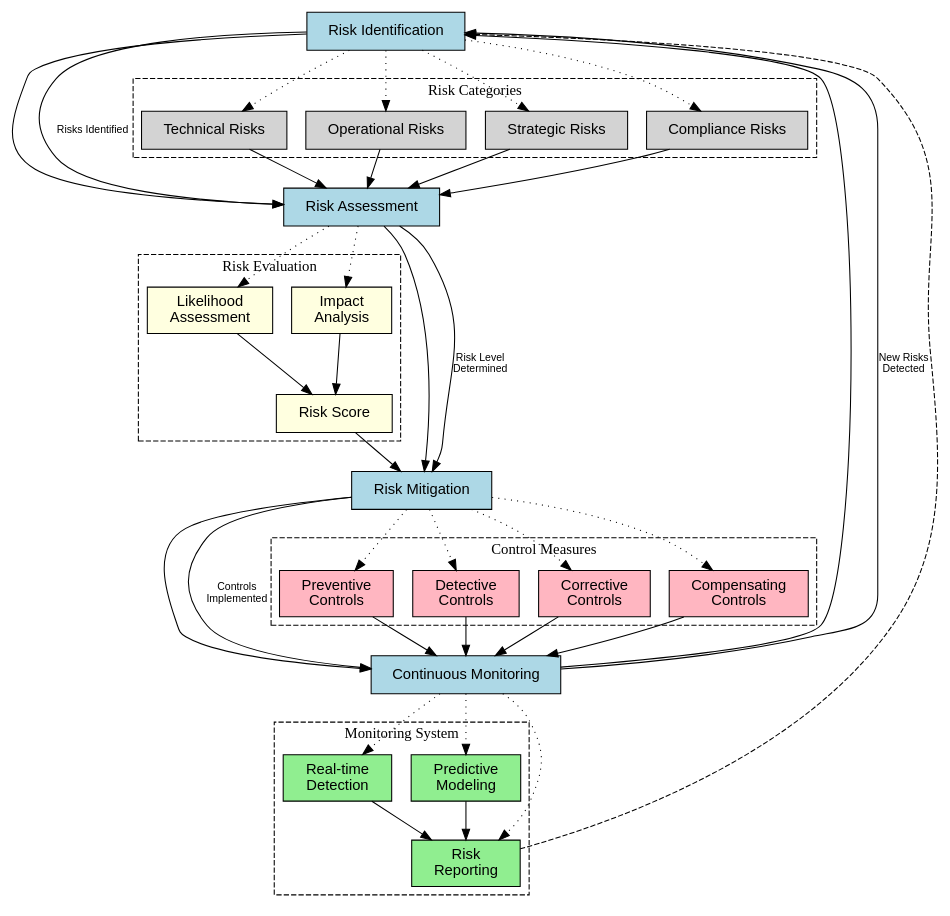
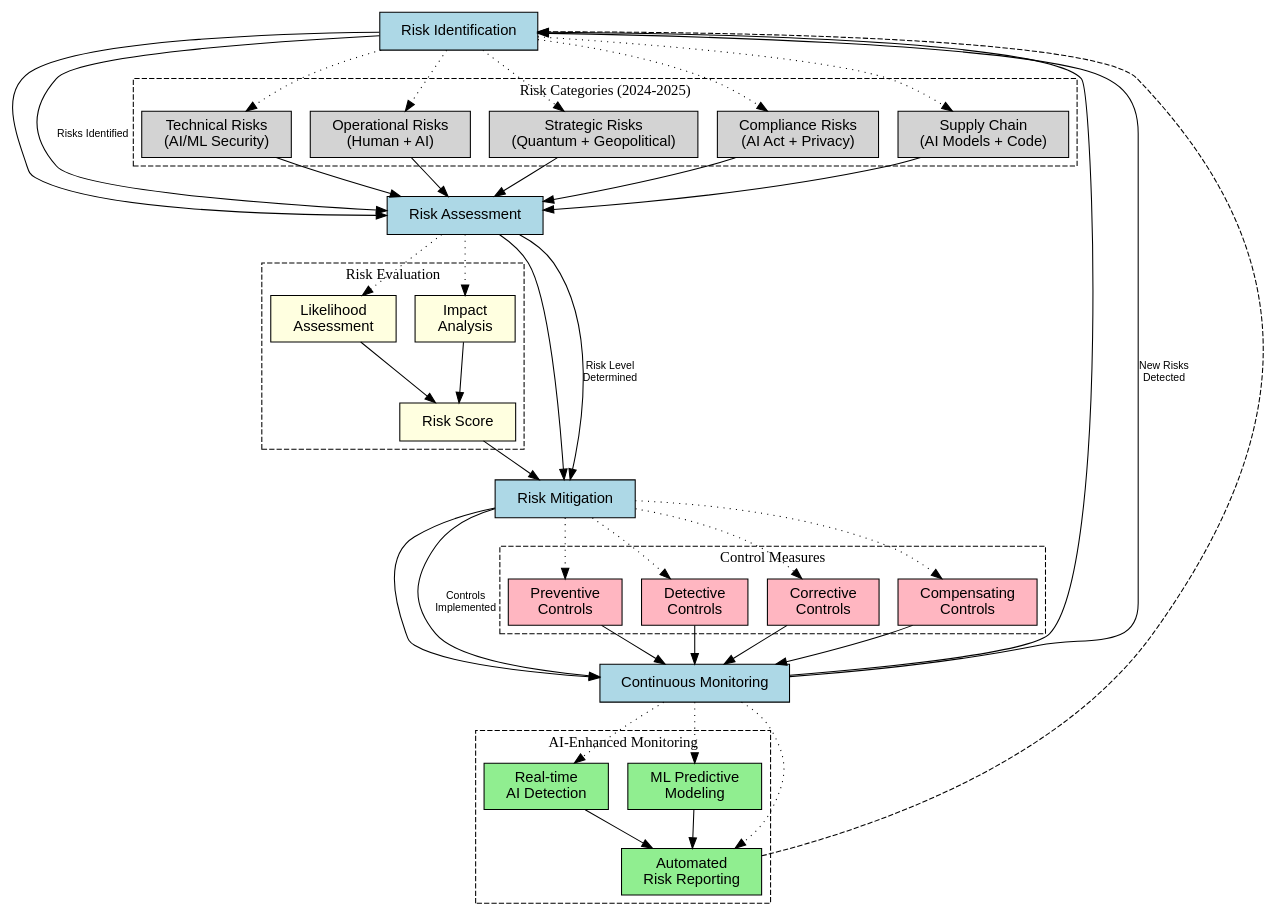
Before and after one commit to dbsectrainer/cloud-security-best-practices: the diagram in risk_management.dot, drawn with Graphviz. The commit also changed 4 other files, not shown here.

Commit message:
Complete 2024-2025 documentation update: enhanced training, vendor assessment, risk management

```diff
--- a/risk_management.dot
+++ b/risk_management.dot
@@ -1,85 +1,86 @@
 digraph RiskManagement {
     rankdir=TB;
     compound=true;
     node [shape=box, style=rounded, fontname="Arial", margin="0.3,0.1"];
     edge [fontname="Arial"];
 
     // Core Process
     Identification [label="Risk Identification", style=filled, fillcolor=lightblue];
     Assessment [label="Risk Assessment", style=filled, fillcolor=lightblue];
     Mitigation [label="Risk Mitigation", style=filled, fillcolor=lightblue];
     Monitoring [label="Continuous Monitoring", style=filled, fillcolor=lightblue];
 
-    // Risk Categories
+    // Risk Categories (Enhanced 2024-2025)
     subgraph cluster_categories {
-        label="Risk Categories";
+        label="Risk Categories (2024-2025)";
         style=dashed;
         node [style=filled, fillcolor=lightgrey];
-        Technical [label="Technical Risks"];
-        Operational [label="Operational Risks"];
-        Strategic [label="Strategic Risks"];
-        Compliance [label="Compliance Risks"];
+        Technical [label="Technical Risks\n(AI/ML Security)"];
+        Operational [label="Operational Risks\n(Human + AI)"];
+        Strategic [label="Strategic Risks\n(Quantum + Geopolitical)"];
+        Compliance [label="Compliance Risks\n(AI Act + Privacy)"];
+        Supply [label="Supply Chain\n(AI Models + Code)"];
     }
 
     // Risk Evaluation
     subgraph cluster_evaluation {
         label="Risk Evaluation";
         style=dashed;
         node [style=filled, fillcolor=lightyellow];
         Likelihood [label="Likelihood\nAssessment"];
         Impact [label="Impact\nAnalysis"];
         Score [label="Risk Score"];
     }
 
     // Mitigation Strategies
     subgraph cluster_controls {
         label="Control Measures";
         style=dashed;
         node [style=filled, fillcolor=lightpink];
         Preventive [label="Preventive\nControls"];
         Detective [label="Detective\nControls"];
         Corrective [label="Corrective\nControls"];
         Compensating [label="Compensating\nControls"];
     }
 
-    // Monitoring Components
+    // Monitoring Components (AI-Enhanced)
     subgraph cluster_monitoring {
-        label="Monitoring System";
+        label="AI-Enhanced Monitoring";
         style=dashed;
         node [style=filled, fillcolor=lightgreen];
-        RealTime [label="Real-time\nDetection"];
-        Predictive [label="Predictive\nModeling"];
-        Reporting [label="Risk\nReporting"];
+        RealTime [label="Real-time\nAI Detection"];
+        Predictive [label="ML Predictive\nModeling"];
+        Reporting [label="Automated\nRisk Reporting"];
     }
 
     // Main Process Flow
     Identification -> Assessment;
     Assessment -> Mitigation;
     Mitigation -> Monitoring;
     Monitoring -> Identification [constraint=false];
 
-    // Risk Category Connections
-    Identification -> {Technical, Operational, Strategic, Compliance} [style=dotted];
-    {Technical, Operational, Strategic, Compliance} -> Assessment;
+    // Risk Category Connections (Include Supply Chain)
+    Identification -> {Technical, Operational, Strategic, Compliance, Supply} [style=dotted];
+    {Technical, Operational, Strategic, Compliance, Supply} -> Assessment;
 
     // Evaluation Process
     Assessment -> {Likelihood, Impact} [style=dotted];
     {Likelihood, Impact} -> Score;
     Score -> Mitigation;
 
     // Control Implementation
     Mitigation -> {Preventive, Detective, Corrective, Compensating} [style=dotted];
     {Preventive, Detective, Corrective, Compensating} -> Monitoring;
 
     // Monitoring Activities
     Monitoring -> {RealTime, Predictive, Reporting} [style=dotted];
     {RealTime, Predictive} -> Reporting;
     Reporting -> Identification [constraint=false, style=dashed];
 
     // Add labels to key transitions
     edge [fontsize=10];
     Identification -> Assessment [label="Risks Identified"];
     Assessment -> Mitigation [label="Risk Level\nDetermined"];
     Mitigation -> Monitoring [label="Controls\nImplemented"];
     Monitoring -> Identification [label="New Risks\nDetected"];
 }
```
